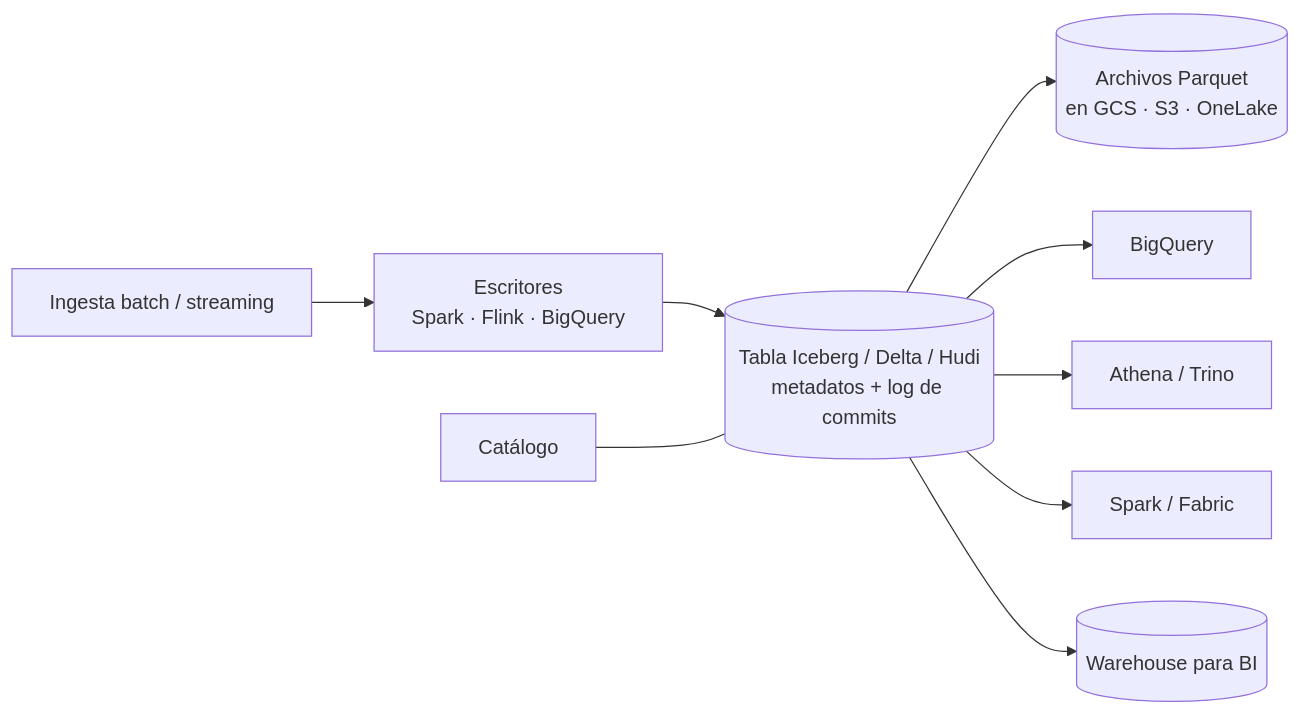
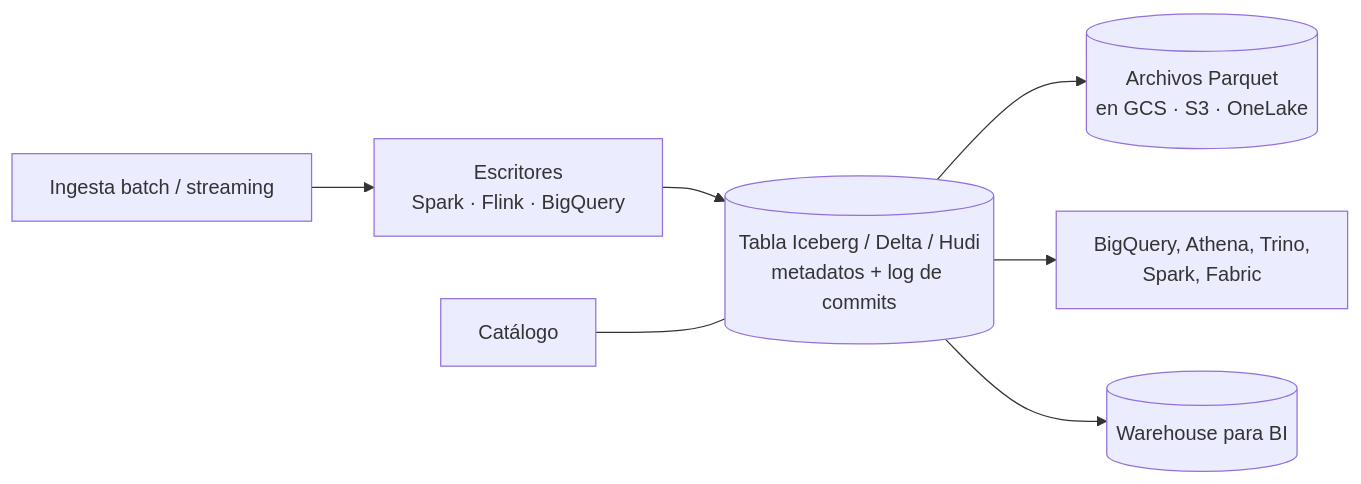
Before and after one commit to fcp4891/de-knowledge-hub: the diagram in content/concepts/lakehouse.md, drawn with Mermaid. The commit also changed other lines of this file and 20 other files, not shown here.

First line of the commit message:
§9 con el estándar de diagramas: 21 diagramas sobre 8 nodos o 10 aristas, rehechos

````diff
--- a/content/concepts/lakehouse.md
+++ b/content/concepts/lakehouse.md
@@ -156,11 +156,9 @@
 ```mermaid
 flowchart LR
   ING[Ingesta batch / streaming] --> W[Escritores<br/>Spark · Flink · BigQuery]
   W --> T[(Tabla Iceberg / Delta / Hudi<br/>metadatos + log de commits)]
   T --> F[(Archivos Parquet<br/>en GCS · S3 · OneLake)]
   CAT[Catálogo] --- T
-  T --> R1[BigQuery]
-  T --> R2[Athena / Trino]
-  T --> R3[Spark / Fabric]
+  T --> R["BigQuery, Athena, Trino,<br/>Spark, Fabric"]
   T --> DWH[(Warehouse para BI)]
 ```
````
